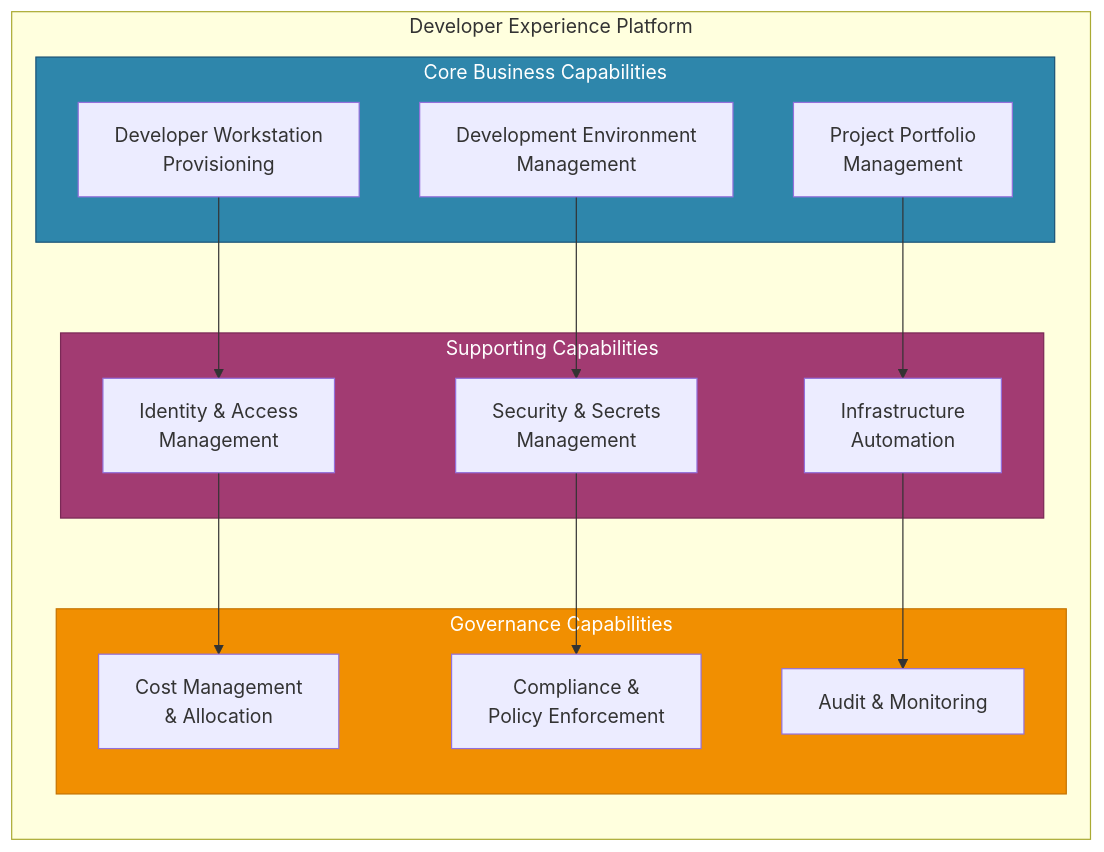
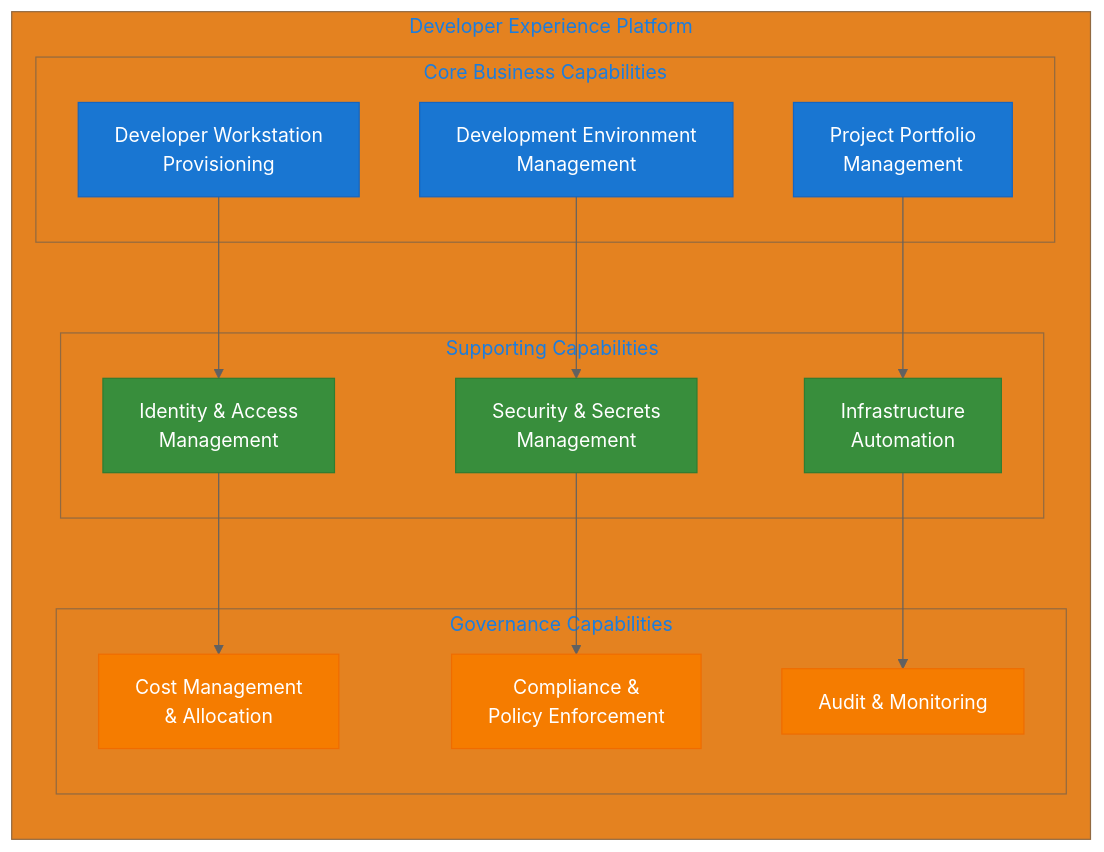
One commit to Evilazaro/DevExp-DevBox changed the first of 6 diagrams in docs/architecture/business.md. Above: the diagram before and after it, drawn with Mermaid. The commit also changed other lines of this file, not shown here.

Commit message:
docs: enhance Business Architecture document with improved Mermaid diagrams and styling for clarity

````diff
--- a/docs/architecture/business.md
+++ b/docs/architecture/business.md
@@ -31,34 +31,41 @@
 ```mermaid
+%%{init: {'theme': 'base', 'themeVariables': { 'primaryColor': '#1976D2', 'lineColor': '#616161'}}}%%
 flowchart TB
     subgraph DevExpPlatform["Developer Experience Platform"]
         direction TB
 
         subgraph CoreCapabilities["Core Business Capabilities"]
-            style CoreCapabilities fill:#2E86AB,stroke:#1a5276,color:#fff
             BC1["Developer Workstation<br/>Provisioning"]
             BC2["Development Environment<br/>Management"]
             BC3["Project Portfolio<br/>Management"]
         end
 
         subgraph SupportingCapabilities["Supporting Capabilities"]
-            style SupportingCapabilities fill:#A23B72,stroke:#7a2956,color:#fff
             BC4["Identity & Access<br/>Management"]
             BC5["Security & Secrets<br/>Management"]
             BC6["Infrastructure<br/>Automation"]
         end
 
         subgraph GovernanceCapabilities["Governance Capabilities"]
-            style GovernanceCapabilities fill:#F18F01,stroke:#c47301,color:#fff
             BC7["Cost Management<br/>& Allocation"]
             BC8["Compliance &<br/>Policy Enforcement"]
             BC9["Audit & Monitoring"]
         end
     end
 
     BC1 --> BC4
     BC2 --> BC5
     BC3 --> BC6
     BC4 --> BC7
     BC5 --> BC8
     BC6 --> BC9
+
+    classDef coreStyle fill:#1976D2,stroke:#1565C0,color:#FFFFFF
+    classDef supportStyle fill:#388E3C,stroke:#2E7D32,color:#FFFFFF
+    classDef governStyle fill:#F57C00,stroke:#EF6C00,color:#FFFFFF
+    classDef platformStyle fill:#ECEFF1,stroke:#90A4AE,color:#37474F
+
+    class BC1,BC2,BC3 coreStyle
+    class BC4,BC5,BC6 supportStyle
+    class BC7,BC8,BC9 governStyle
 ```
````
